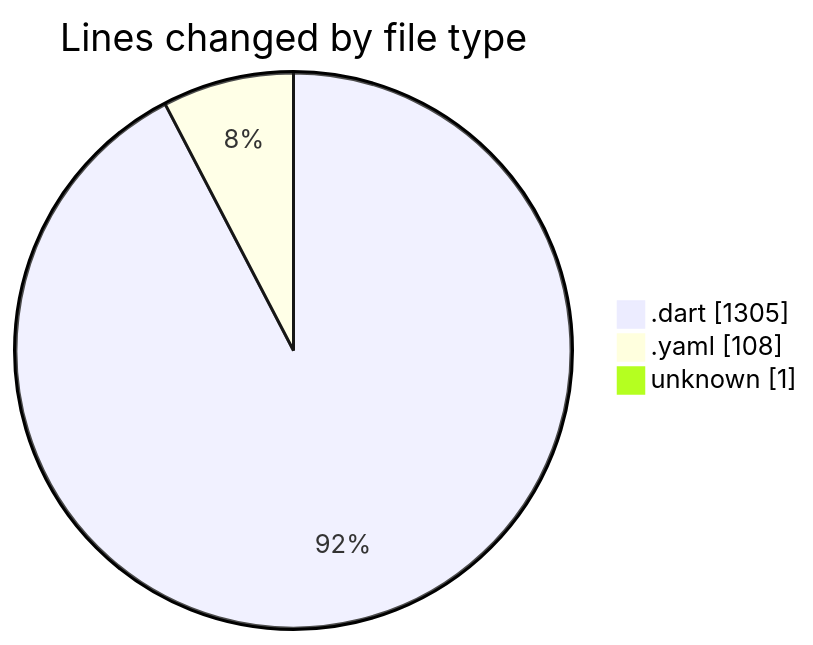
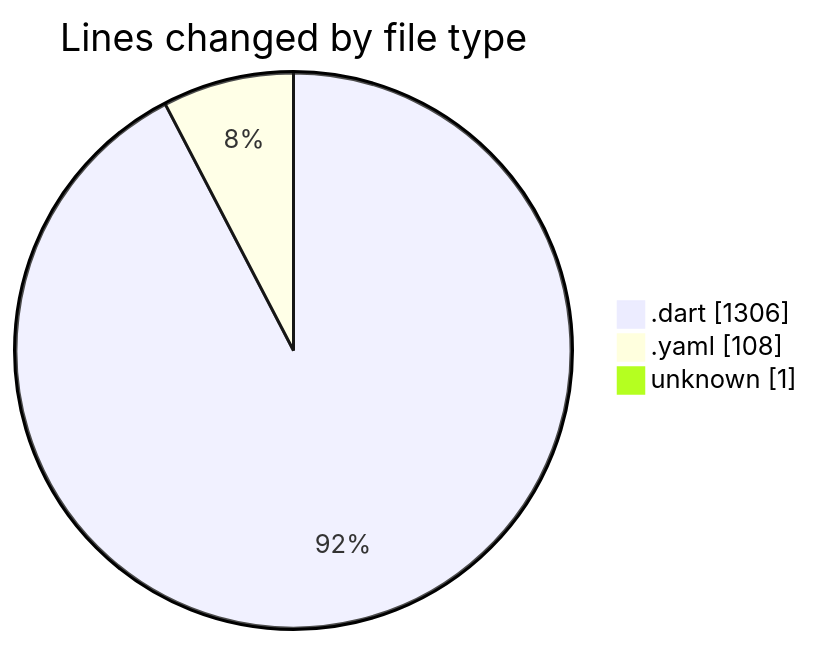
One commit to donsfak/code-tracking changed the first of 2 diagrams in 2025-03-08/uber_clone/README.md. Above: the diagram before and after it, drawn with Mermaid. The commit also changed other lines of this file and 1 other file, not shown here.

````diff
--- a/2025-03-08/uber_clone/README.md
+++ b/2025-03-08/uber_clone/README.md
@@ -24,7 +24,7 @@
 ```mermaid
 pie showData
 title Lines changed by file type
-".dart" : 1305
+".dart" : 1306
 ".yaml" : 108
 "unknown" : 1
 ```
````
